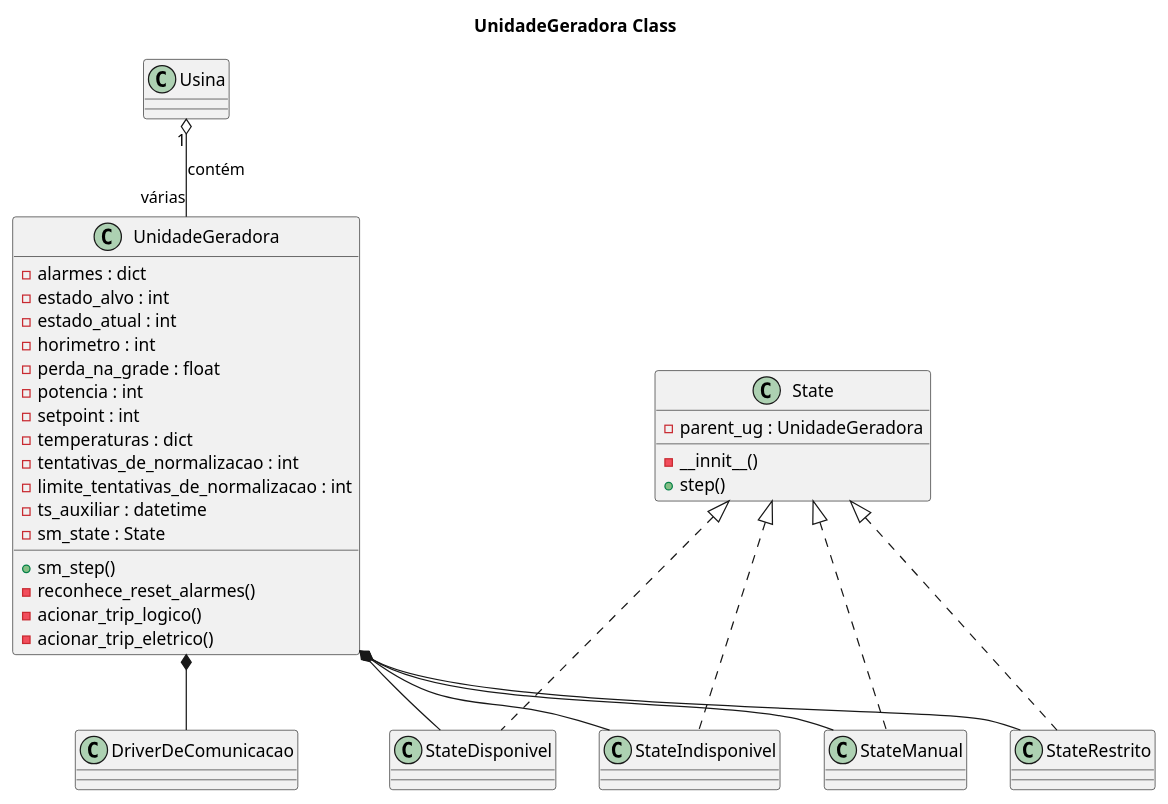
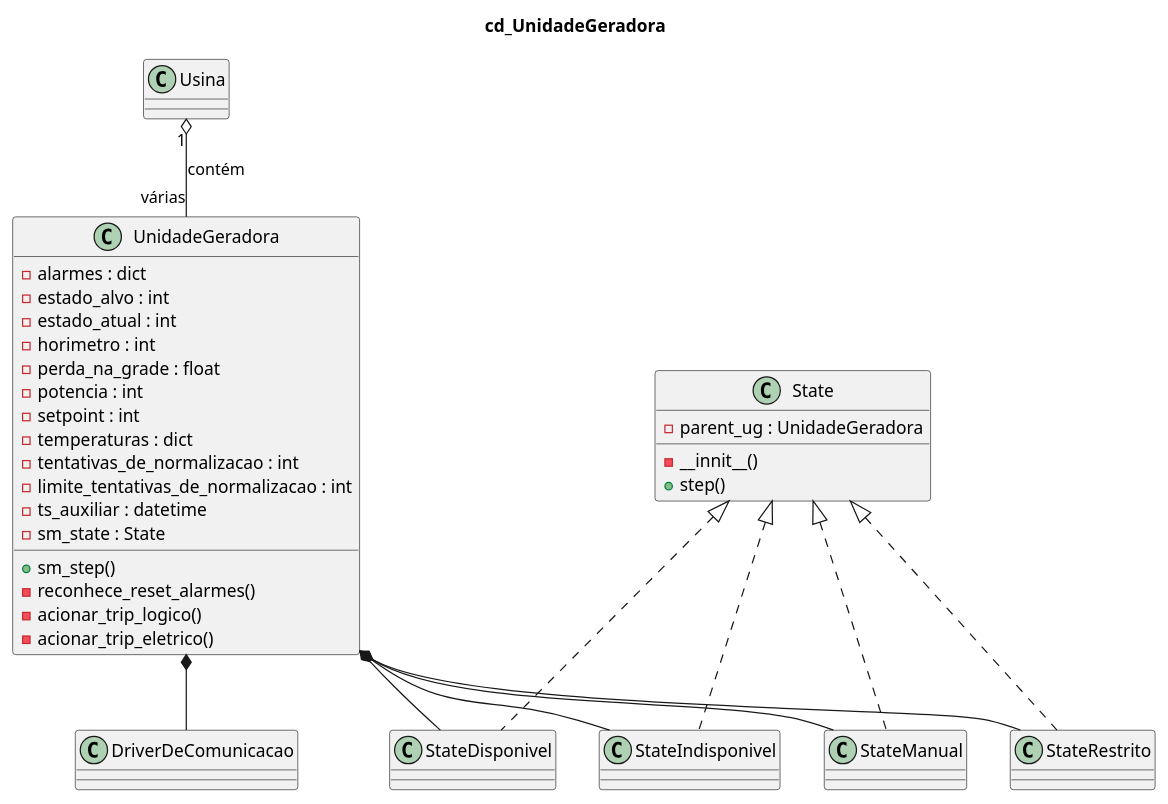
Before and after one commit to DiegoBasgal/MOA: the diagram in diagramas/puml/cd_ug.wsd, drawn with PlantUML. The commit also changed 17 other files, not shown here.

```diff
--- a/diagramas/puml/cd_ug.wsd
+++ b/diagramas/puml/cd_ug.wsd
@@ -1,46 +1,46 @@
 @startuml UnidadeGeradora
-title UnidadeGeradora Class
+title cd_UnidadeGeradora
 
 class Usina
 class UnidadeGeradora {
     - alarmes : dict
     - estado_alvo : int
     - estado_atual : int
     - horimetro : int
     - perda_na_grade : float
     - potencia : int
     - setpoint : int
     - temperaturas : dict 
     - tentativas_de_normalizacao : int
     - limite_tentativas_de_normalizacao : int
     - ts_auxiliar : datetime
     - sm_state : State
     + sm_step()
     - reconhece_reset_alarmes()
     - acionar_trip_logico()
     - acionar_trip_eletrico()
 }
 
 class DriverDeComunicacao
 together {
     class State {
         - parent_ug : UnidadeGeradora
         - __innit__()
         + step()
     }
     together {
         class StateDisponivel implements State 
         class StateIndisponivel implements State 
         class StateManual implements State 
         class StateRestrito implements State 
     }
 }
 
 Usina "1" o-- "várias"  UnidadeGeradora : contém
 UnidadeGeradora *-- DriverDeComunicacao
 UnidadeGeradora *-- StateDisponivel
 UnidadeGeradora *-- StateIndisponivel
 UnidadeGeradora *-- StateManual
 UnidadeGeradora *-- StateRestrito
 
 @enduml
```
